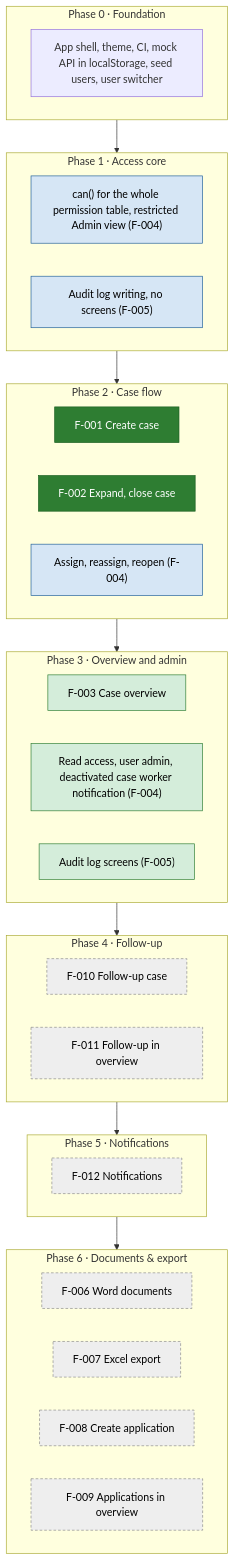
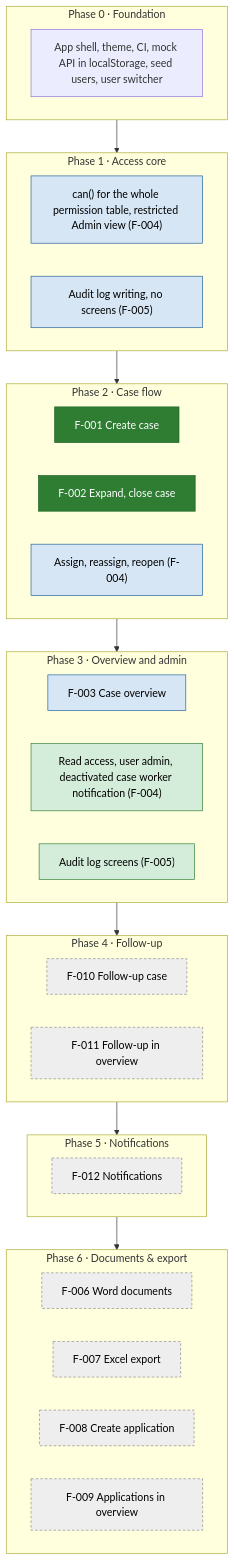
One commit to TLS97/tines-case-management-system changed the first of 2 diagrams in docs/roadmap.md. Above: the diagram before and after it, drawn with Mermaid. The commit also changed other lines of this file and 22 other files, not shown here.

````diff
--- a/docs/roadmap.md
+++ b/docs/roadmap.md
@@ -10,43 +10,43 @@
 ```mermaid
 flowchart TD
   subgraph P0["Phase 0 · Foundation"]
     F0[App shell, theme, CI, mock API in localStorage, seed users, user switcher]
   end
   subgraph P1["Phase 1 · Access core"]
     P1a["can() for the whole permission table, restricted Admin view (F-004)"]
     P1b["Audit log writing, no screens (F-005)"]
   end
   subgraph P2["Phase 2 · Case flow"]
     F001[F-001 Create case]
     F002["F-002 Expand, close case"]
     P2a["Assign, reassign, reopen (F-004)"]
   end
   subgraph P3["Phase 3 · Overview and admin"]
     F003[F-003 Case overview]
     P3a["Read access, user admin, deactivated case worker notification (F-004)"]
     P3b["Audit log screens (F-005)"]
   end
   subgraph P4["Phase 4 · Follow-up"]
     F010[F-010 Follow-up case]
     F011[F-011 Follow-up in overview]
   end
   subgraph P5["Phase 5 · Notifications"]
     F012[F-012 Notifications]
   end
   subgraph P6["Phase 6 · Documents & export"]
     F006[F-006 Word documents]
     F007[F-007 Excel export]
     F008[F-008 Create application]
     F009[F-009 Applications in overview]
   end
   P0 --> P1 --> P2 --> P3 --> P4 --> P5 --> P6
 
   classDef approved fill:#d4edda,stroke:#2e7d32,color:#000
   classDef draft fill:#eeeeee,stroke:#888,stroke-dasharray:4 3,color:#000
   classDef inprogress fill:#d6e6f5,stroke:#1f5f99,color:#000
   classDef done fill:#2e7d32,stroke:#1b5e20,color:#fff
-  class F003,P3a,P3b approved
-  class P1a,P1b,P2a inprogress
+  class P3a,P3b approved
+  class P1a,P1b,P2a,F003 inprogress
   class F001,F002 done
   class F006,F007,F008,F009,F010,F011,F012 draft
 ```
````
